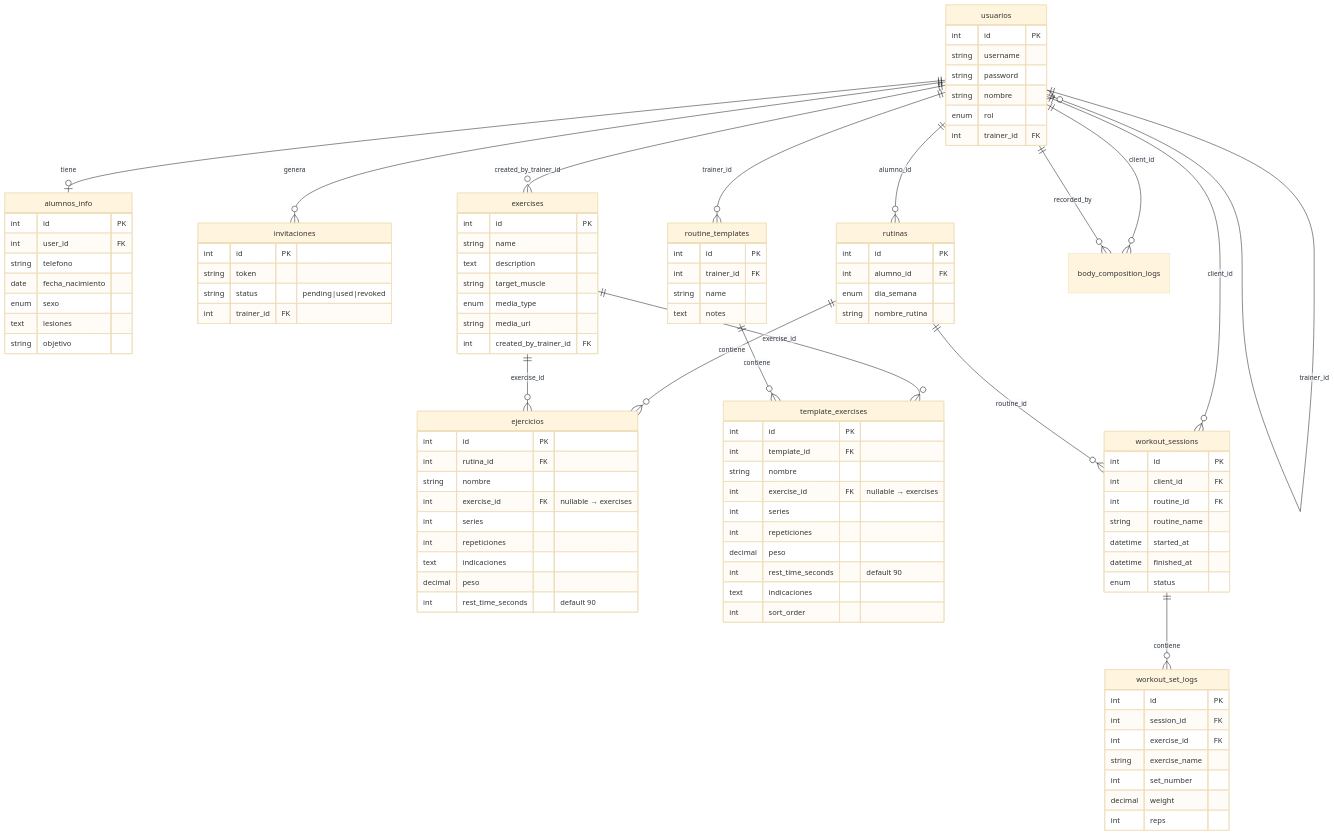
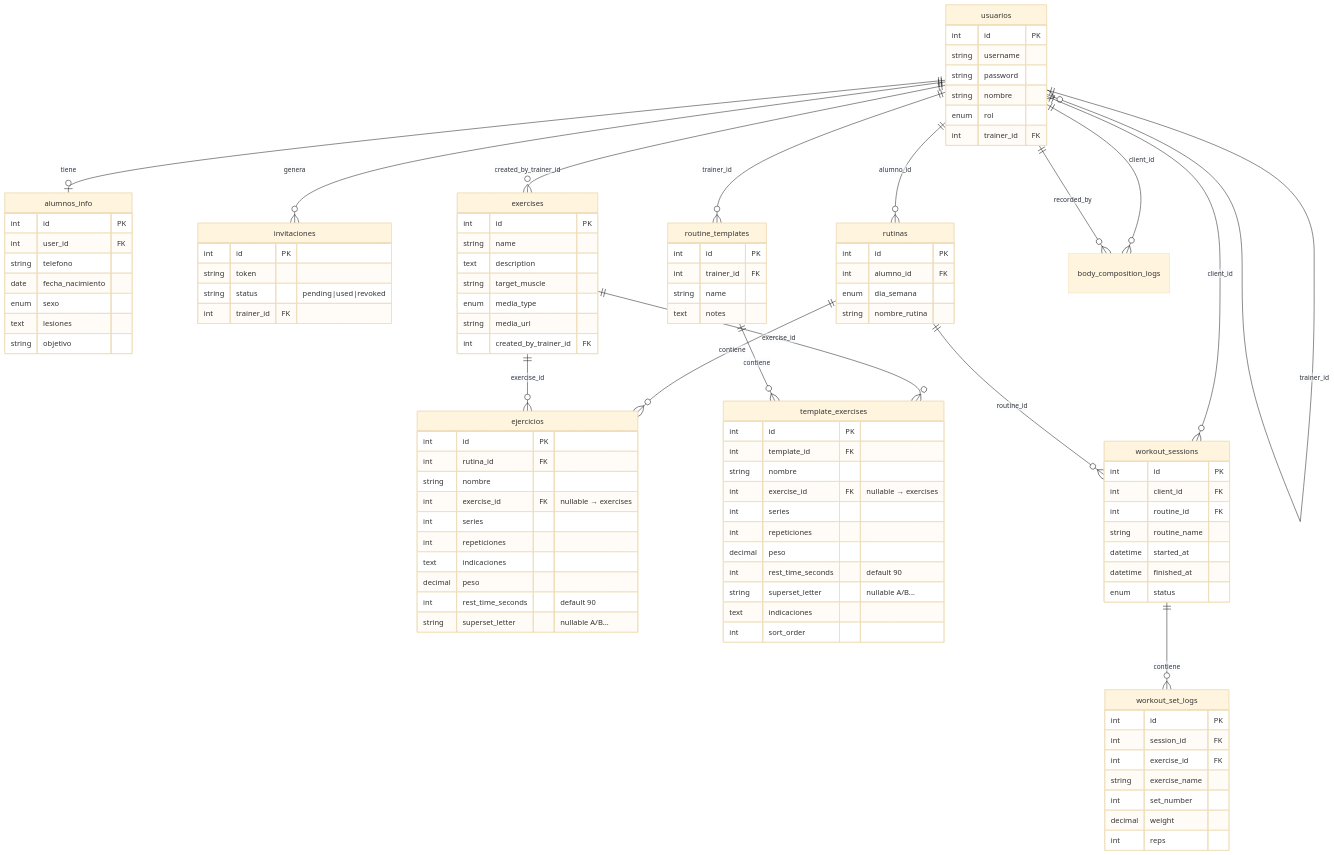
The diagram in appEntrenador/docs/database-schema.md (Jhon-Fuenwhv2024/appEntrenador), drawn with Mermaid (base theme) before and after one commit. The commit also changed other lines of this file and 19 other files, not shown here.

```diff
--- a/appEntrenador/docs/database-schema.md
+++ b/appEntrenador/docs/database-schema.md
@@ -58,6 +58,7 @@
     text indicaciones
     decimal peso
     int rest_time_seconds "default 90"
+    string superset_letter "nullable A/B..."
   }
 
   exercises {
@@ -113,6 +114,7 @@
     int repeticiones
     decimal peso
     int rest_time_seconds "default 90"
+    string superset_letter "nullable A/B..."
     text indicaciones
     int sort_order
   }
```
